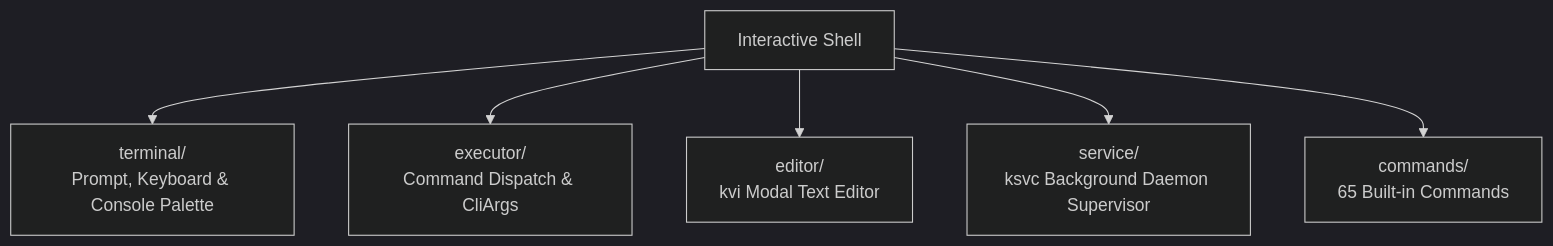
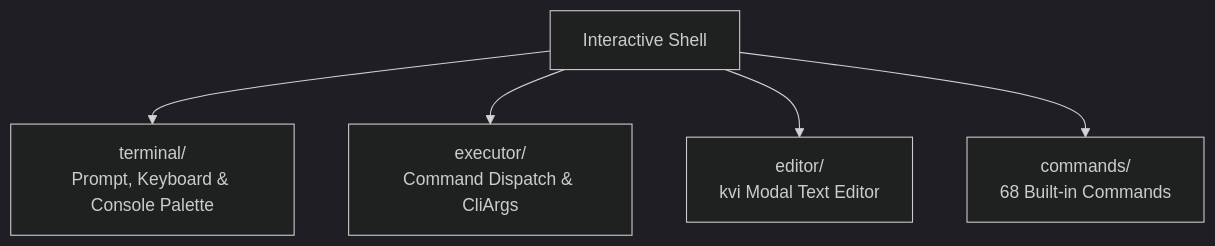
The diagram in docs/shell/README.md (mrvlous/keira), drawn with Mermaid (dark theme) before and after one commit. The commit also changed other lines of this file and 17 other files, not shown here.

Commit message:
docs: synchronize system architecture, command reference and README with pure kernel model

````diff
--- a/docs/shell/README.md
+++ b/docs/shell/README.md
@@ -11,8 +11,7 @@
 ```mermaid
 graph TD
     Shell["Interactive Shell"] --> Terminal["terminal/<br/>Prompt, Keyboard & Console Palette"]
     Shell --> Executor["executor/<br/>Command Dispatch & CliArgs"]
     Shell --> Editor["editor/<br/>kvi Modal Text Editor"]
-    Shell --> Service["service/<br/>ksvc Background Daemon Supervisor"]
-    Shell --> Cmds["commands/<br/>65 Built-in Commands"]
+    Shell --> Cmds["commands/<br/>68 Built-in Commands"]
 ```
````
